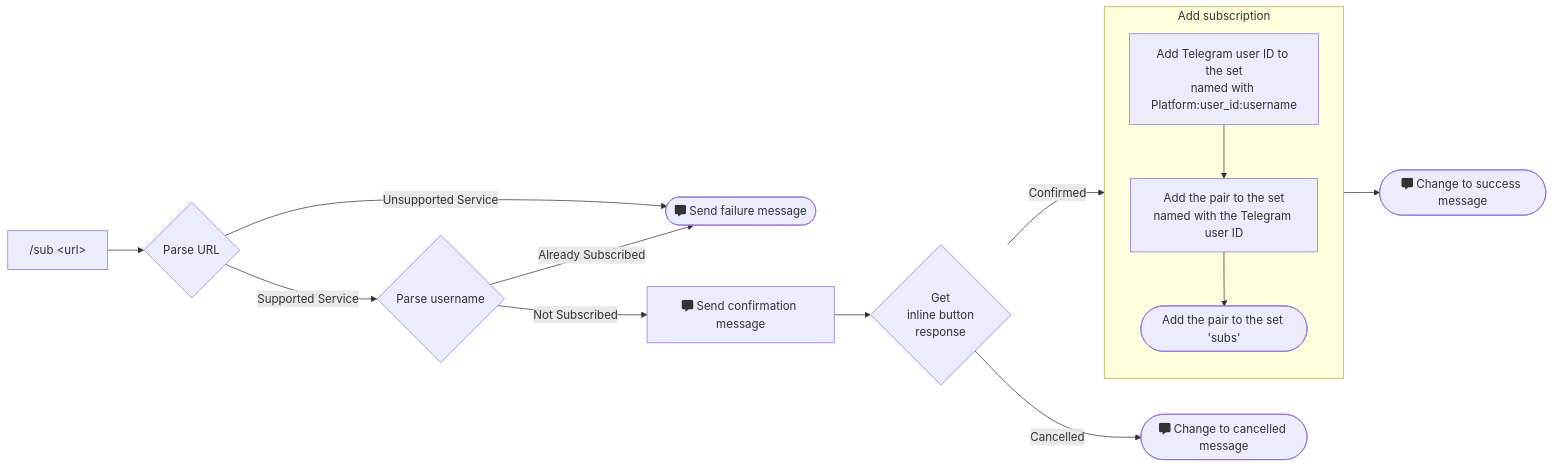
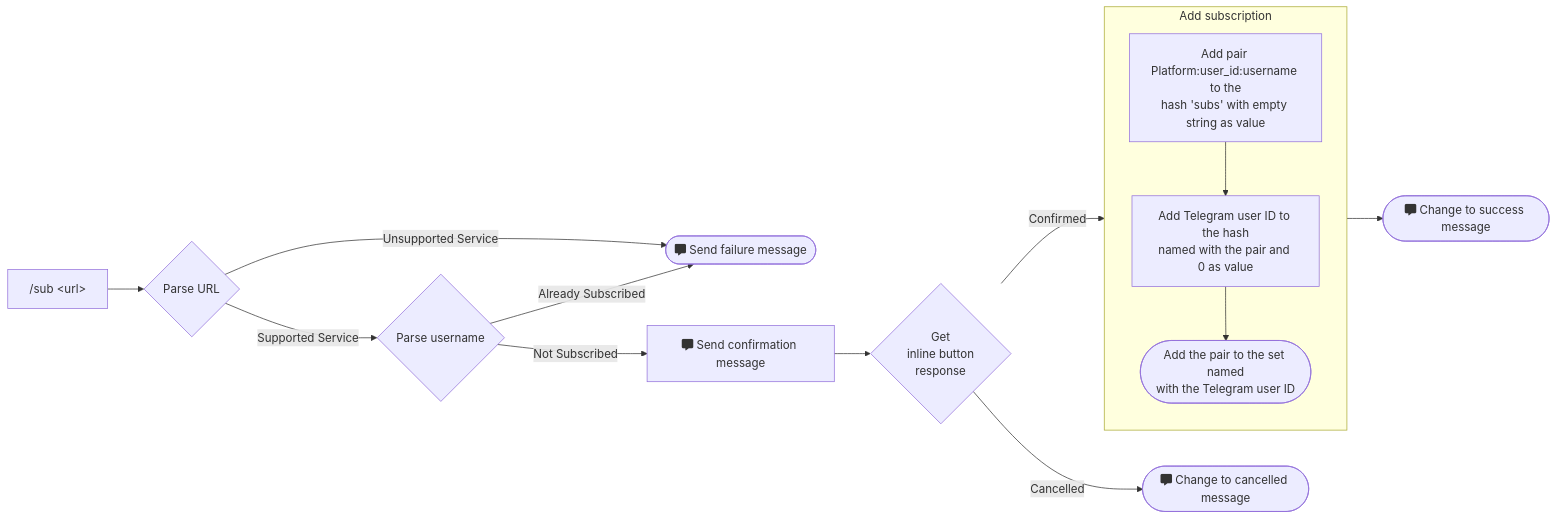
One commit to mikelei8291/Telescope changed the first of 3 diagrams in Design.md. Above: the diagram before and after it, drawn with Mermaid. The commit also changed other lines of this file, not shown here.

````diff
--- a/Design.md
+++ b/Design.md
@@ -13,16 +13,16 @@
   ```mermaid
   flowchart LR
     subgraph s1["Add subscription"]
-      n1["Add Telegram user ID to the set<br>named with Platform:user_id:username"] --> n2["Add the pair to the set<br>named with the Telegram user ID"]
-      n2 --> n3(["Add the pair to the set 'subs'"])
+      n1["Add pair Platform:user_id:username to the<br>hash 'subs' with empty string as value"] --> n2["Add Telegram user ID to the hash<br>named with the pair and 0 as value"]
+      n2 --> n3(["Add the pair to the set named<br>with the Telegram user ID"])
     end
     A["/sub &lt;url&gt;"] --> B{"Parse URL"}
     B -- Supported Service --> C{"Parse username"}
     B -- Unsupported Service --> D(["fa:fa-message Send failure message"])
     C -- Not Subscribed --> E["fa:fa-message Send confirmation message"]
     C -- Already Subscribed --> D
     E --> F{"Get<br>inline button<br>response"}
     F -- Confirmed --> s1
     s1 --> H(["fa:fa-message Change to success message"])
     F -- Cancelled --> I(["fa:fa-message Change to cancelled message"])
   ```
````
